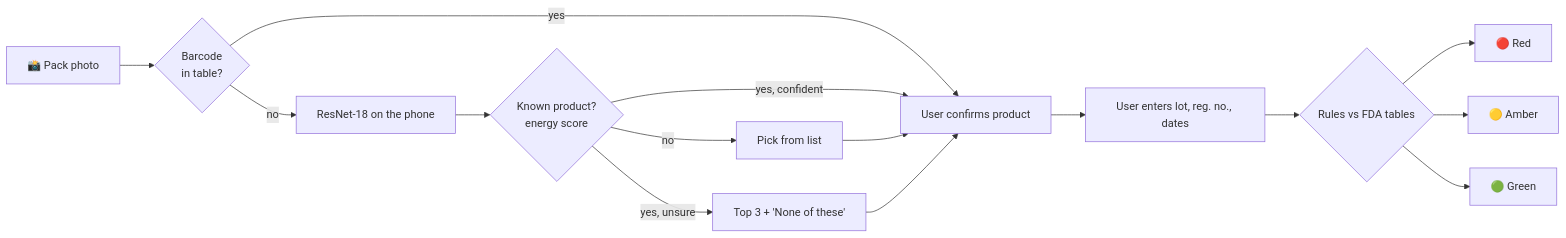
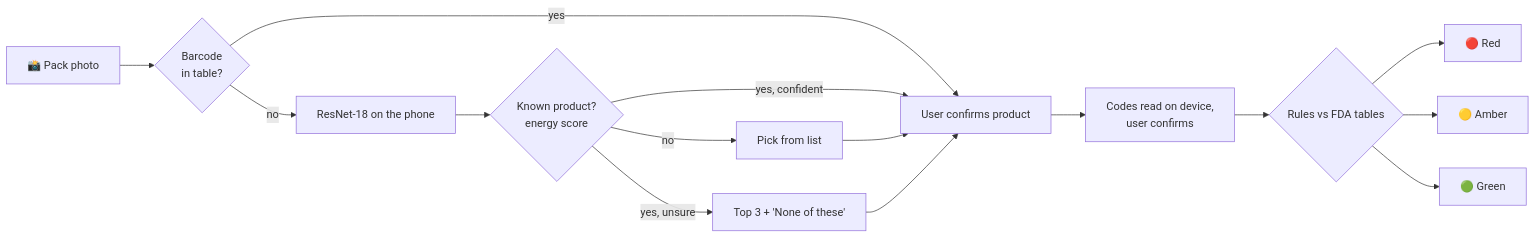
The diagram in README.md (Rellebruhh/SureCure), drawn with Mermaid before and after one commit. The commit also changed other lines of this file, not shown here.

````diff
--- a/README.md
+++ b/README.md
@@ -79,17 +79,17 @@
 ```mermaid
 flowchart LR
     A[📸 Pack photo] --> B{Barcode<br/>in table?}
     B -- yes --> D[User confirms product]
     B -- no --> C[ResNet-18 on the phone]
     C --> G{Known product?<br/>energy score}
     G -- no --> L[Pick from list]
     G -- yes, unsure --> T[Top 3 + 'None of these']
     G -- yes, confident --> D
     L --> D
     T --> D
-    D --> E[User enters lot, reg. no., dates]
+    D --> E[Codes read on device,<br/>user confirms]
     E --> R{Rules vs FDA tables}
     R --> V1[🔴 Red]
     R --> V2[🟡 Amber]
     R --> V3[🟢 Green]
 ```
````
